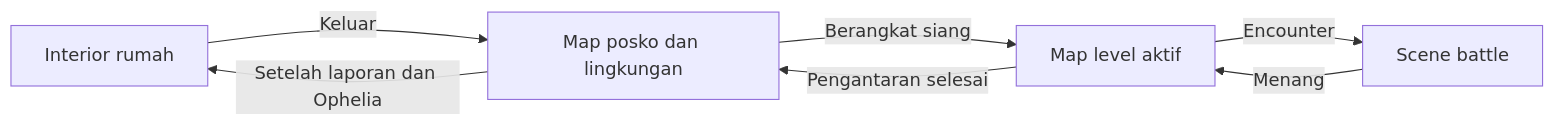
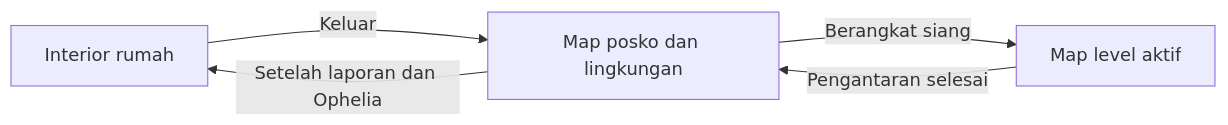
Before and after one commit to zaghokun/JejakAsa: the diagram in docs/cd01-arah-visual.md, drawn with Mermaid. The commit also changed other lines of this file and 43 other files, not shown here.

````diff
--- a/docs/cd01-arah-visual.md
+++ b/docs/cd01-arah-visual.md
@@ -87,9 +87,7 @@
 ```mermaid
 flowchart LR
     H[Interior rumah] -->|Keluar| P[Map posko dan lingkungan]
     P -->|Berangkat siang| L[Map level aktif]
     L -->|Pengantaran selesai| P
     P -->|Setelah laporan dan Ophelia| H
-    L -->|Encounter| B[Scene battle]
-    B -->|Menang| L
 ```
````
